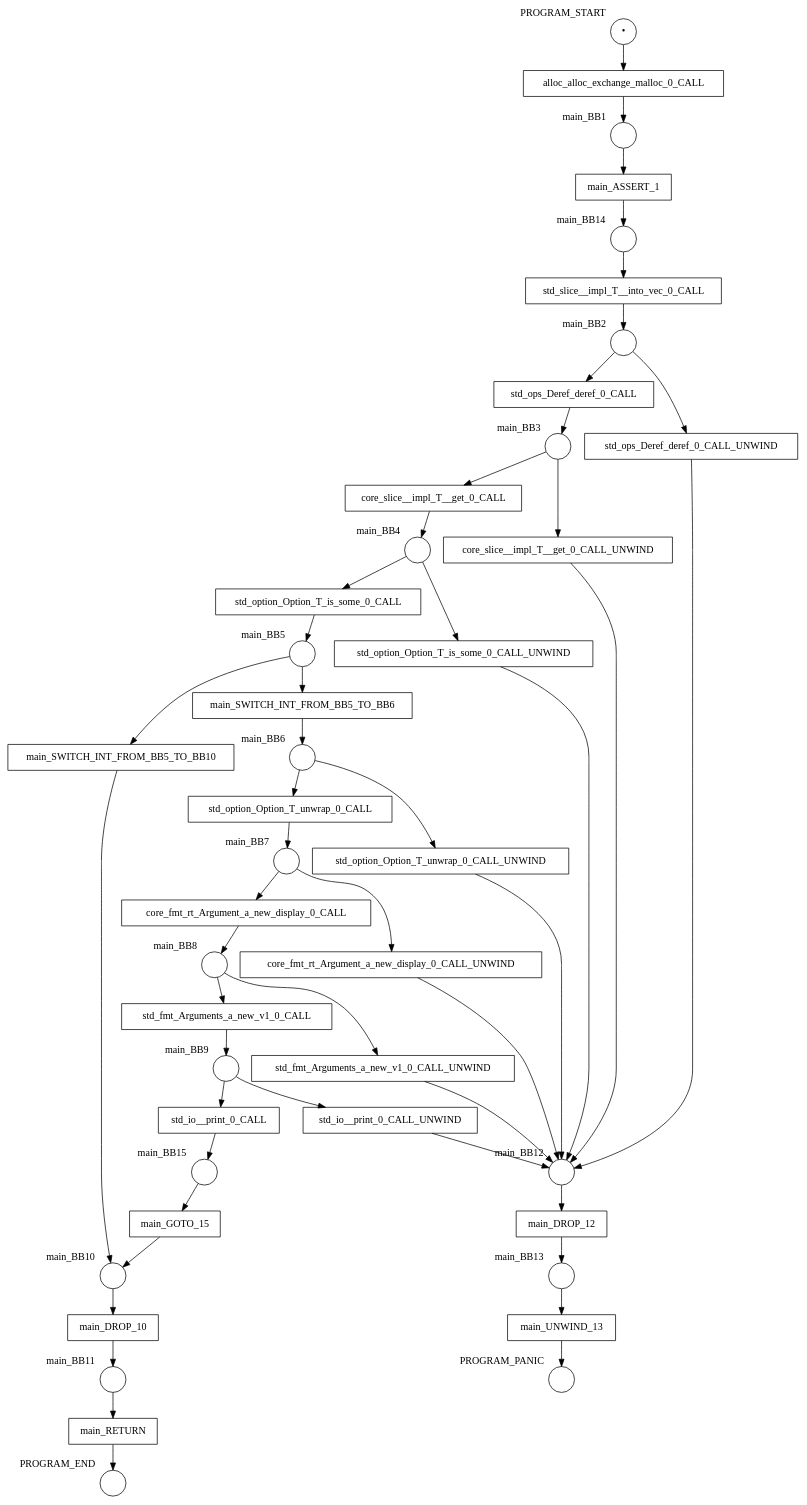
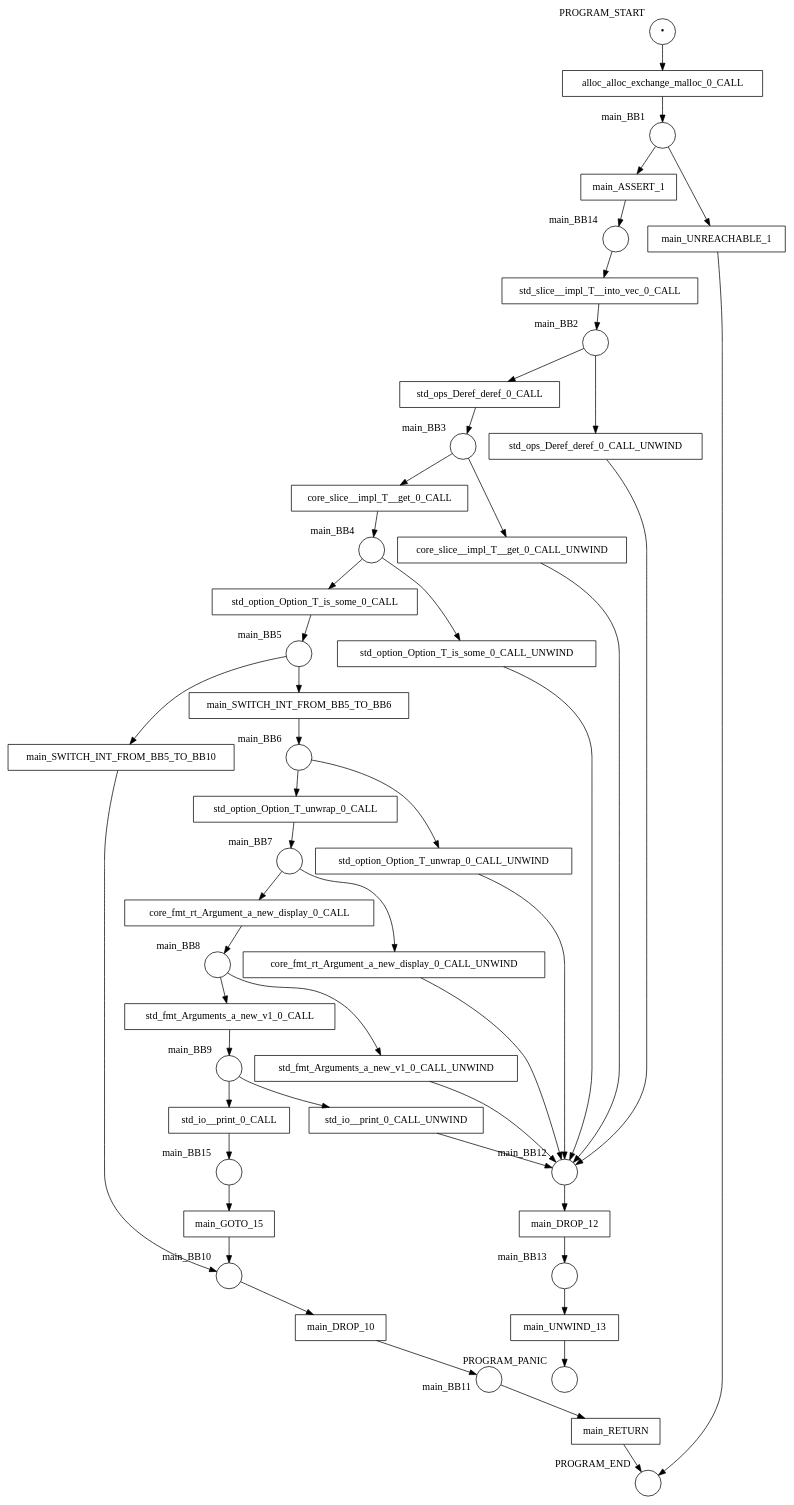
The diagram in examples/results/statement/option/net.dot (hlisdero/cargo-check-deadlock), drawn with Graphviz before and after one commit. The commit also changed 8 other files, not shown here.

```diff
--- a/examples/results/statement/option/net.dot
+++ b/examples/results/statement/option/net.dot
@@ -1,92 +1,95 @@
 digraph petrinet {
     PROGRAM_END [shape="circle" xlabel="PROGRAM_END" label=""];
     PROGRAM_PANIC [shape="circle" xlabel="PROGRAM_PANIC" label=""];
     PROGRAM_START [shape="circle" xlabel="PROGRAM_START" label="•"];
     main_BB1 [shape="circle" xlabel="main_BB1" label=""];
     main_BB10 [shape="circle" xlabel="main_BB10" label=""];
     main_BB11 [shape="circle" xlabel="main_BB11" label=""];
     main_BB12 [shape="circle" xlabel="main_BB12" label=""];
     main_BB13 [shape="circle" xlabel="main_BB13" label=""];
     main_BB14 [shape="circle" xlabel="main_BB14" label=""];
     main_BB15 [shape="circle" xlabel="main_BB15" label=""];
     main_BB2 [shape="circle" xlabel="main_BB2" label=""];
     main_BB3 [shape="circle" xlabel="main_BB3" label=""];
     main_BB4 [shape="circle" xlabel="main_BB4" label=""];
     main_BB5 [shape="circle" xlabel="main_BB5" label=""];
     main_BB6 [shape="circle" xlabel="main_BB6" label=""];
     main_BB7 [shape="circle" xlabel="main_BB7" label=""];
     main_BB8 [shape="circle" xlabel="main_BB8" label=""];
     main_BB9 [shape="circle" xlabel="main_BB9" label=""];
     alloc_alloc_exchange_malloc_0_CALL [shape="box" xlabel="" label="alloc_alloc_exchange_malloc_0_CALL"];
     core_fmt_rt_Argument_a_new_display_0_CALL [shape="box" xlabel="" label="core_fmt_rt_Argument_a_new_display_0_CALL"];
     core_fmt_rt_Argument_a_new_display_0_CALL_UNWIND [shape="box" xlabel="" label="core_fmt_rt_Argument_a_new_display_0_CALL_UNWIND"];
     core_slice__impl_T__get_0_CALL [shape="box" xlabel="" label="core_slice__impl_T__get_0_CALL"];
     core_slice__impl_T__get_0_CALL_UNWIND [shape="box" xlabel="" label="core_slice__impl_T__get_0_CALL_UNWIND"];
     main_ASSERT_1 [shape="box" xlabel="" label="main_ASSERT_1"];
     main_DROP_10 [shape="box" xlabel="" label="main_DROP_10"];
     main_DROP_12 [shape="box" xlabel="" label="main_DROP_12"];
     main_GOTO_15 [shape="box" xlabel="" label="main_GOTO_15"];
     main_RETURN [shape="box" xlabel="" label="main_RETURN"];
     main_SWITCH_INT_FROM_BB5_TO_BB10 [shape="box" xlabel="" label="main_SWITCH_INT_FROM_BB5_TO_BB10"];
     main_SWITCH_INT_FROM_BB5_TO_BB6 [shape="box" xlabel="" label="main_SWITCH_INT_FROM_BB5_TO_BB6"];
+    main_UNREACHABLE_1 [shape="box" xlabel="" label="main_UNREACHABLE_1"];
     main_UNWIND_13 [shape="box" xlabel="" label="main_UNWIND_13"];
     std_fmt_Arguments_a_new_v1_0_CALL [shape="box" xlabel="" label="std_fmt_Arguments_a_new_v1_0_CALL"];
     std_fmt_Arguments_a_new_v1_0_CALL_UNWIND [shape="box" xlabel="" label="std_fmt_Arguments_a_new_v1_0_CALL_UNWIND"];
     std_io__print_0_CALL [shape="box" xlabel="" label="std_io__print_0_CALL"];
     std_io__print_0_CALL_UNWIND [shape="box" xlabel="" label="std_io__print_0_CALL_UNWIND"];
     std_ops_Deref_deref_0_CALL [shape="box" xlabel="" label="std_ops_Deref_deref_0_CALL"];
     std_ops_Deref_deref_0_CALL_UNWIND [shape="box" xlabel="" label="std_ops_Deref_deref_0_CALL_UNWIND"];
     std_option_Option_T_is_some_0_CALL [shape="box" xlabel="" label="std_option_Option_T_is_some_0_CALL"];
     std_option_Option_T_is_some_0_CALL_UNWIND [shape="box" xlabel="" label="std_option_Option_T_is_some_0_CALL_UNWIND"];
     std_option_Option_T_unwrap_0_CALL [shape="box" xlabel="" label="std_option_Option_T_unwrap_0_CALL"];
     std_option_Option_T_unwrap_0_CALL_UNWIND [shape="box" xlabel="" label="std_option_Option_T_unwrap_0_CALL_UNWIND"];
     std_slice__impl_T__into_vec_0_CALL [shape="box" xlabel="" label="std_slice__impl_T__into_vec_0_CALL"];
     PROGRAM_START -> alloc_alloc_exchange_malloc_0_CALL;
     main_BB1 -> main_ASSERT_1;
+    main_BB1 -> main_UNREACHABLE_1;
     main_BB10 -> main_DROP_10;
     main_BB11 -> main_RETURN;
     main_BB12 -> main_DROP_12;
     main_BB13 -> main_UNWIND_13;
     main_BB14 -> std_slice__impl_T__into_vec_0_CALL;
     main_BB15 -> main_GOTO_15;
     main_BB2 -> std_ops_Deref_deref_0_CALL;
     main_BB2 -> std_ops_Deref_deref_0_CALL_UNWIND;
     main_BB3 -> core_slice__impl_T__get_0_CALL;
     main_BB3 -> core_slice__impl_T__get_0_CALL_UNWIND;
     main_BB4 -> std_option_Option_T_is_some_0_CALL;
     main_BB4 -> std_option_Option_T_is_some_0_CALL_UNWIND;
     main_BB5 -> main_SWITCH_INT_FROM_BB5_TO_BB10;
     main_BB5 -> main_SWITCH_INT_FROM_BB5_TO_BB6;
     main_BB6 -> std_option_Option_T_unwrap_0_CALL;
     main_BB6 -> std_option_Option_T_unwrap_0_CALL_UNWIND;
     main_BB7 -> core_fmt_rt_Argument_a_new_display_0_CALL;
     main_BB7 -> core_fmt_rt_Argument_a_new_display_0_CALL_UNWIND;
     main_BB8 -> std_fmt_Arguments_a_new_v1_0_CALL;
     main_BB8 -> std_fmt_Arguments_a_new_v1_0_CALL_UNWIND;
     main_BB9 -> std_io__print_0_CALL;
     main_BB9 -> std_io__print_0_CALL_UNWIND;
     alloc_alloc_exchange_malloc_0_CALL -> main_BB1;
     core_fmt_rt_Argument_a_new_display_0_CALL -> main_BB8;
     core_fmt_rt_Argument_a_new_display_0_CALL_UNWIND -> main_BB12;
     core_slice__impl_T__get_0_CALL -> main_BB4;
     core_slice__impl_T__get_0_CALL_UNWIND -> main_BB12;
     main_ASSERT_1 -> main_BB14;
     main_DROP_10 -> main_BB11;
     main_DROP_12 -> main_BB13;
     main_GOTO_15 -> main_BB10;
     main_RETURN -> PROGRAM_END;
     main_SWITCH_INT_FROM_BB5_TO_BB10 -> main_BB10;
     main_SWITCH_INT_FROM_BB5_TO_BB6 -> main_BB6;
+    main_UNREACHABLE_1 -> PROGRAM_END;
     main_UNWIND_13 -> PROGRAM_PANIC;
     std_fmt_Arguments_a_new_v1_0_CALL -> main_BB9;
     std_fmt_Arguments_a_new_v1_0_CALL_UNWIND -> main_BB12;
     std_io__print_0_CALL -> main_BB15;
     std_io__print_0_CALL_UNWIND -> main_BB12;
     std_ops_Deref_deref_0_CALL -> main_BB3;
     std_ops_Deref_deref_0_CALL_UNWIND -> main_BB12;
     std_option_Option_T_is_some_0_CALL -> main_BB5;
     std_option_Option_T_is_some_0_CALL_UNWIND -> main_BB12;
     std_option_Option_T_unwrap_0_CALL -> main_BB7;
     std_option_Option_T_unwrap_0_CALL_UNWIND -> main_BB12;
     std_slice__impl_T__into_vec_0_CALL -> main_BB2;
 }
```
